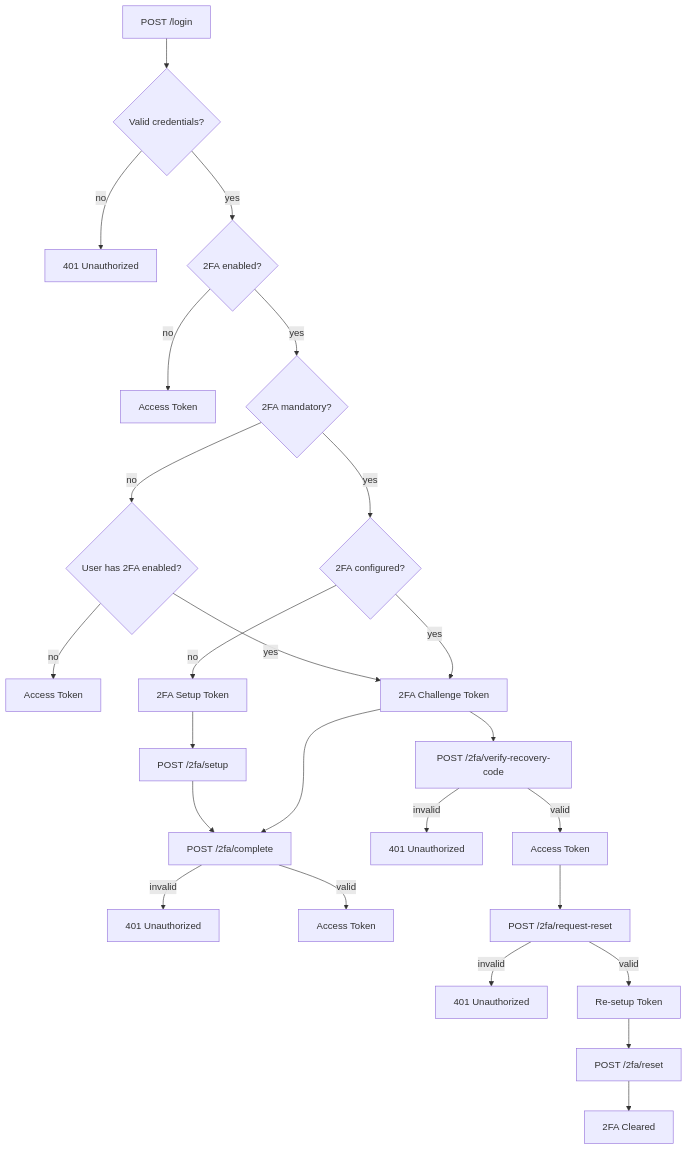
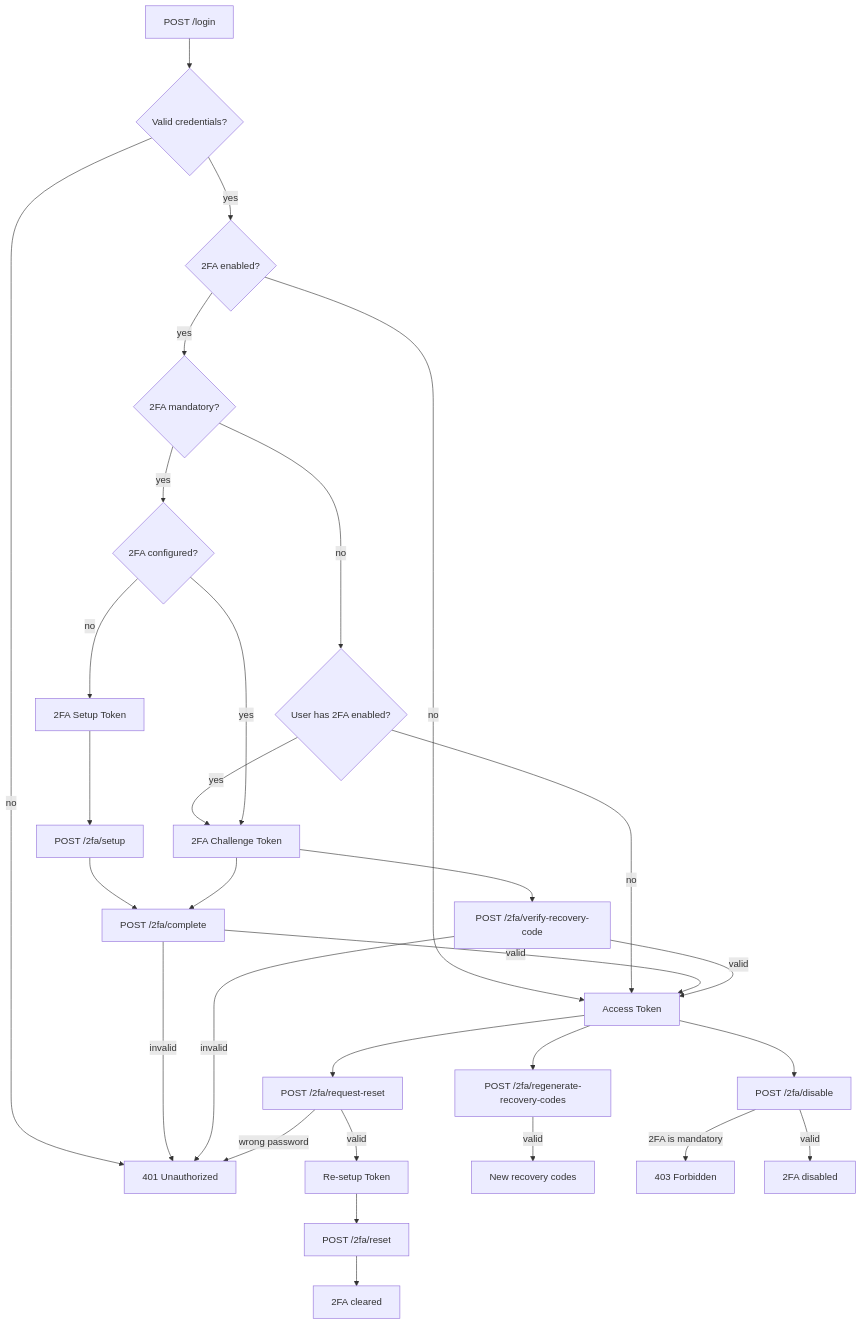
Before and after one commit to Light-it-labs/lightit-auth-laravel: the diagram in docs/google-2fa.md, drawn with Mermaid.

Commit message:
docs(google-2fa): drop the last JWT references from the flow diagram
The four "Access Token" nodes were still named JWT1 through JWT4 - the only
five mentions of JWT left anywhere in the package once the driver is gone.
They converge into one AccessToken node, which also removes the three
duplicate 401 nodes the numbering forced.

The diagram also stopped at seven of the nine documented endpoints: with an
access token in hand you can regenerate recovery codes or disable 2FA, and
neither was drawn. Both hang off AccessToken now, disable with the 403 the
docs describe when google2fa.mandatory is on.

request-reset used to hang off the recovery-code branch alone, but it takes
a real access token, so it follows any successful login.

````diff
--- a/docs/google-2fa.md
+++ b/docs/google-2fa.md
@@ -173,34 +173,41 @@
 ```mermaid
 flowchart TD
     Login[POST /login] --> ValidateCreds{Valid credentials?}
     ValidateCreds -- no --> E401[401 Unauthorized]
     ValidateCreds -- yes --> AppHas2FA{2FA enabled?}
 
-    AppHas2FA -- no --> JWT1[Access Token]
+    AppHas2FA -- no --> AccessToken[Access Token]
     AppHas2FA -- yes --> IsMandatory{2FA mandatory?}
 
     IsMandatory -- no --> UserHas2FA{User has 2FA enabled?}
-    UserHas2FA -- no --> JWT2[Access Token]
+    UserHas2FA -- no --> AccessToken
     UserHas2FA -- yes --> ChallengeToken[2FA Challenge Token]
 
     IsMandatory -- yes --> IsSetup{2FA configured?}
     IsSetup -- no --> SetupToken[2FA Setup Token]
+    IsSetup -- yes --> ChallengeToken
+
     SetupToken --> Setup[POST /2fa/setup]
     Setup --> Complete
 
-    IsSetup -- yes --> ChallengeToken
     ChallengeToken --> Complete[POST /2fa/complete]
     ChallengeToken --> RecoveryCode[POST /2fa/verify-recovery-code]
 
-    Complete -- invalid --> E401_2[401 Unauthorized]
-    Complete -- valid --> JWT3[Access Token]
+    Complete -- invalid --> E401
+    Complete -- valid --> AccessToken
+    RecoveryCode -- invalid --> E401
+    RecoveryCode -- valid --> AccessToken
 
-    RecoveryCode -- invalid --> E401_3[401 Unauthorized]
-    RecoveryCode -- valid --> JWT4[Access Token]
+    AccessToken --> RequestReset[POST /2fa/request-reset]
+    AccessToken --> Regenerate[POST /2fa/regenerate-recovery-codes]
+    AccessToken --> Disable[POST /2fa/disable]
 
-    JWT4 --> Password[POST /2fa/request-reset]
-    Password -- invalid --> E401_4[401 Unauthorized]
-    Password -- valid --> ResetToken[Re-setup Token]
+    RequestReset -- wrong password --> E401
+    RequestReset -- valid --> ResetToken[Re-setup Token]
     ResetToken --> Reset[POST /2fa/reset]
-    Reset --> Cleared[2FA Cleared]
+    Reset --> Cleared[2FA cleared]
+
+    Regenerate -- valid --> NewCodes[New recovery codes]
+    Disable -- 2FA is mandatory --> E403[403 Forbidden]
+    Disable -- valid --> Disabled[2FA disabled]
 ```
````
